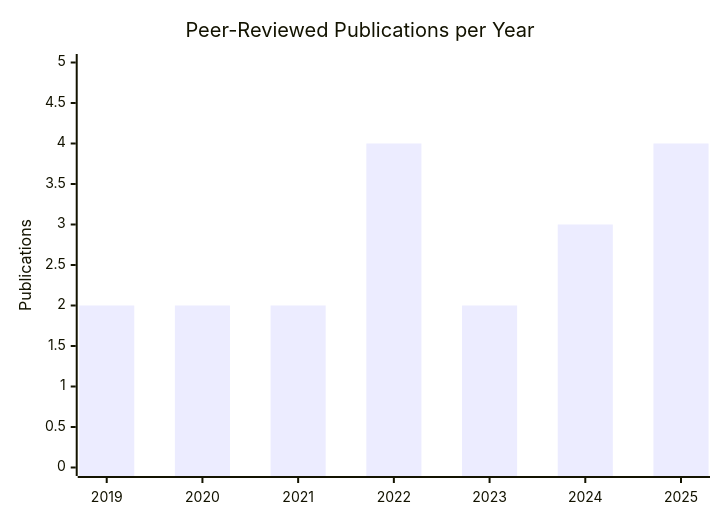
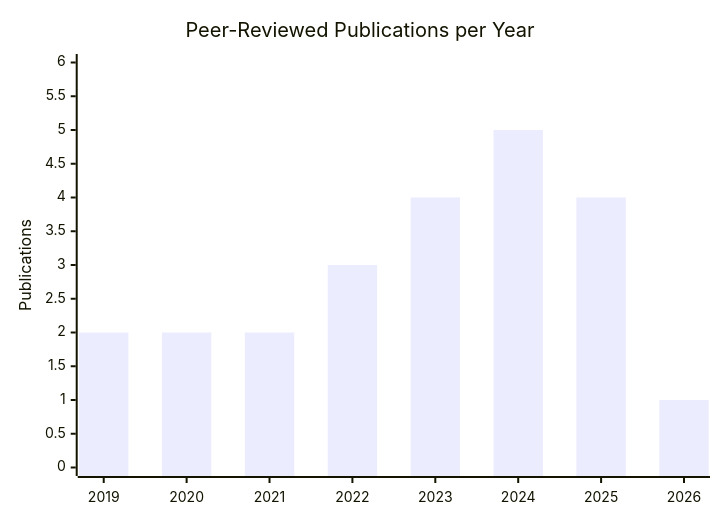
Before and after one commit to Chihun-Lee/Chihun-Lee.github.io: the second of 6 diagrams in RESEARCH.md, drawn with Mermaid. The commit also changed other lines of this file, not shown here.

First line of the commit message:
docs: sync RESEARCH.md and publications.yaml with Scholar

````diff
--- a/RESEARCH.md
+++ b/RESEARCH.md
@@ -144,7 +144,7 @@
 ```mermaid
 xychart-beta
     title "Peer-Reviewed Publications per Year"
-    x-axis [2019, 2020, 2021, 2022, 2023, 2024, 2025]
-    y-axis "Publications" 0 --> 5
-    bar [2, 2, 2, 4, 2, 3, 4]
+    x-axis [2019, 2020, 2021, 2022, 2023, 2024, 2025, 2026]
+    y-axis "Publications" 0 --> 6
+    bar [2, 2, 2, 3, 4, 5, 4, 1]
 ```
````
